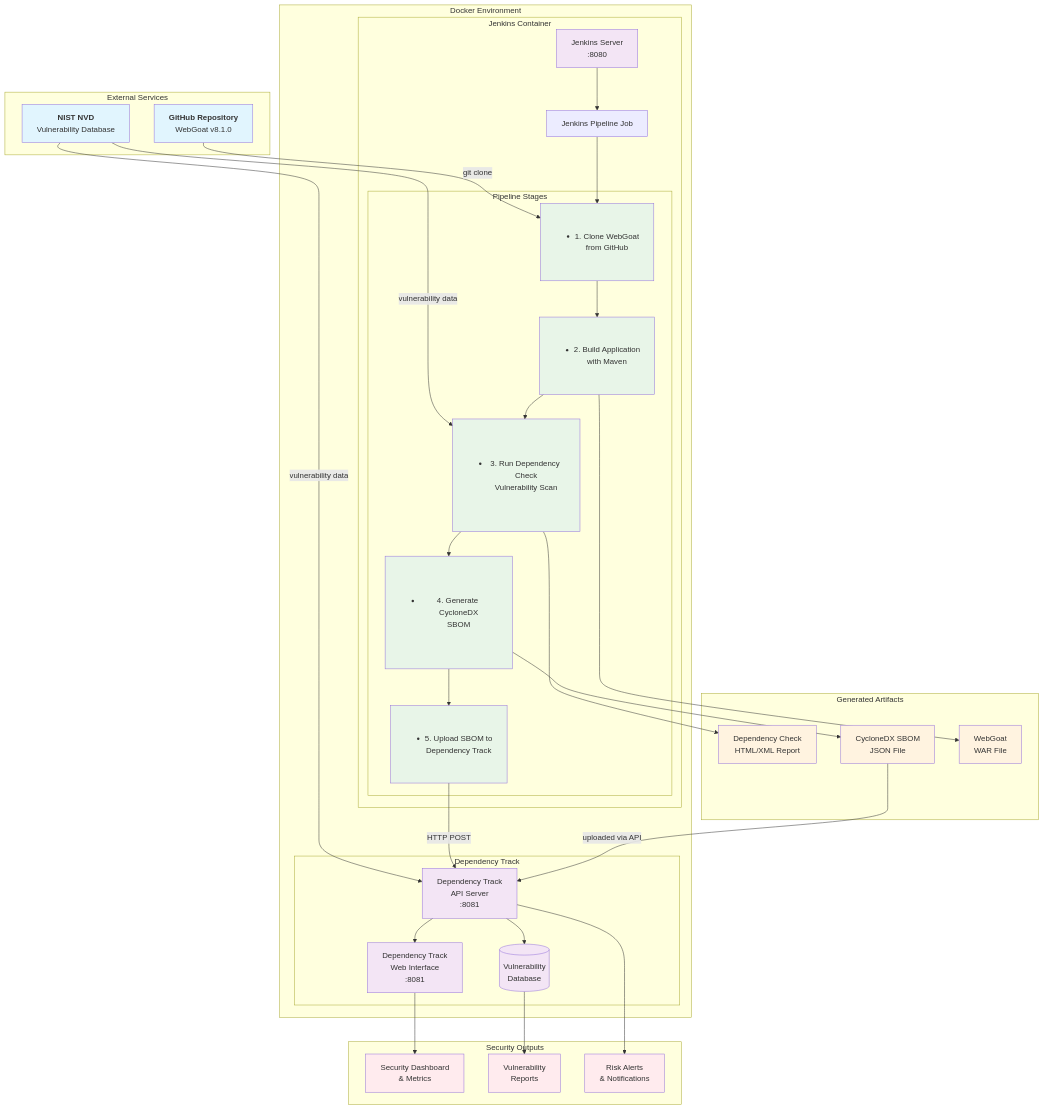
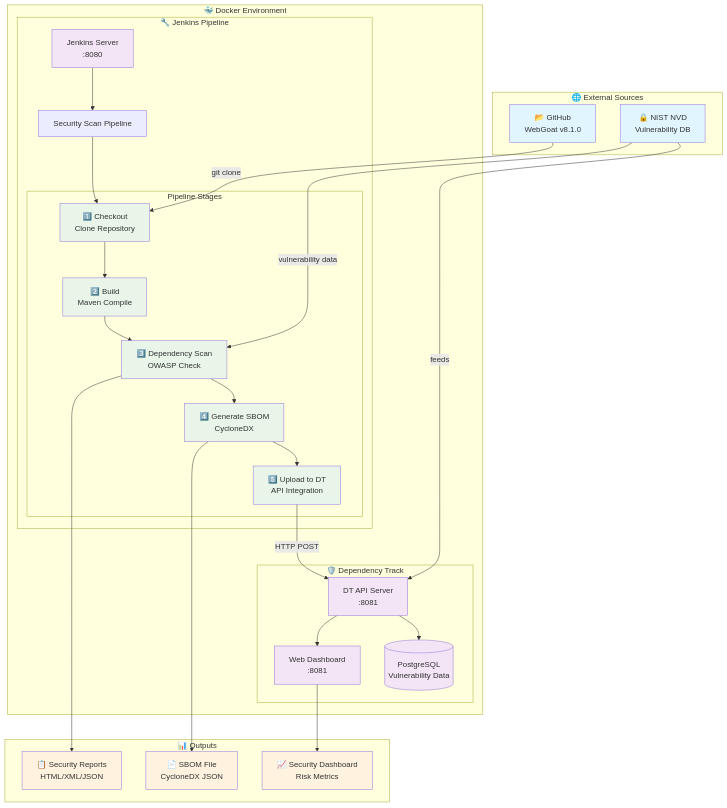
The diagram in README.md (JMAR-DNY/mend_security_demo), drawn with Mermaid before and after one commit. The commit also changed other lines of this file and 5 other files, not shown here.

````diff
--- a/README.md
+++ b/README.md
@@ -38,92 +64,61 @@
 ```mermaid
 %%{init: { "flowchart": { "htmlLabels": true } }}%%
 flowchart TB
-  subgraph "External Services"
-    GH[<b>GitHub Repository</b><br/>WebGoat v8.1.0]
-    NVD[<b>NIST NVD</b><br/>Vulnerability Database]
-  end
-
-  subgraph "Docker Environment"
-    subgraph "Jenkins Container"
-      J[Jenkins Server<br/>:8080]
-      JP[Jenkins Pipeline Job]
-      subgraph "Pipeline Stages"
-        S1[<ul>
-             <li>1. Clone WebGoat<br/>from GitHub</li>
-           </ul>]
-        S2[<ul>
-             <li>2. Build Application<br/>with Maven</li>
-           </ul>]
-        S3[<ul>
-             <li>3. Run Dependency Check<br/>Vulnerability Scan</li>
-           </ul>]
-        S4[<ul>
-             <li>4. Generate CycloneDX<br/>SBOM</li>
-           </ul>]
-        S5[<ul>
-             <li>5. Upload SBOM to<br/>Dependency Track</li>
-           </ul>]
-      end
+    subgraph "🌐 External Sources"
+        GH[📂 GitHub<br/>WebGoat v8.1.0]
+        NVD[🔒 NIST NVD<br/>Vulnerability DB]
     end
 
-    subgraph "Dependency Track"
-      DT_API[Dependency Track<br/>API Server<br/>:8081]
-      DT_UI[Dependency Track<br/>Web Interface<br/>:8081]
-      DT_DB[(Vulnerability<br/>Database)]
+    subgraph "🐳 Docker Environment"
+        subgraph "🔧 Jenkins Pipeline"
+            J[Jenkins Server<br/>:8080]
+            JP[Security Scan Pipeline]
+            subgraph "Pipeline Stages"
+                S1[1️⃣ Checkout<br/>Clone Repository]
+                S2[2️⃣ Build<br/>Maven Compile]
+                S3[3️⃣ Dependency Scan<br/>OWASP Check]
+                S4[4️⃣ Generate SBOM<br/>CycloneDX]
+                S5[5️⃣ Upload to DT<br/>API Integration]
+            end
+        end
+
+        subgraph "🛡️ Dependency Track"
+            DT_API[DT API Server<br/>:8081]
+            DT_UI[Web Dashboard<br/>:8081]
+            DT_DB[(PostgreSQL<br/>Vulnerability Data)]
+        end
     end
-  end
 
-  subgraph "Generated Artifacts"
-    DC_REPORT[Dependency Check<br/>HTML/XML Report]
-    SBOM[CycloneDX SBOM<br/>JSON File]
-    BUILD[WebGoat<br/>WAR File]
-  end
+    subgraph "📊 Outputs"
+        REPORTS[📋 Security Reports<br/>HTML/XML/JSON]
+        SBOM[📄 SBOM File<br/>CycloneDX JSON]
+        DASH[📈 Security Dashboard<br/>Risk Metrics]
+    end
 
-  subgraph "Security Outputs"
-    DASH[Security Dashboard<br/>&amp; Metrics]
-    VULNS[Vulnerability<br/>Reports]
-    ALERTS[Risk Alerts<br/>&amp; Notifications]
-  end
+    %% Flow connections
+    GH -->|git clone| S1
+    NVD -->|vulnerability data| S3
+    NVD -->|feeds| DT_API
+    
+    J --> JP
+    JP --> S1 --> S2 --> S3 --> S4 --> S5
+    
+    S3 --> REPORTS
+    S4 --> SBOM
+    S5 -->|HTTP POST| DT_API
+    
+    DT_API --> DT_DB
+    DT_API --> DT_UI
+    DT_UI --> DASH
 
-  %% External connections
-  GH -->|git clone| S1
-  NVD -->|vulnerability data| S3
-  NVD -->|vulnerability data| DT_API
+    %% Styling
+    classDef external fill:#e1f5fe
+    classDef container fill:#f3e5f5
+    classDef stage fill:#e8f5e8
+    classDef output fill:#fff3e0
 
-  %% Jenkins pipeline flow
-  J --> JP
-  JP --> S1
-  S1 --> S2
-  S2 --> S3
-  S3 --> S4
-  S4 --> S5
-
-  %% Artifact generation
-  S2 --> BUILD
-  S3 --> DC_REPORT
-  S4 --> SBOM
-
-  %% Dependency Track integration
-  S5 -->|HTTP POST| DT_API
-  SBOM -->|uploaded via API| DT_API
-  DT_API --> DT_DB
-  DT_API --> DT_UI
-
-  %% Security outputs
-  DT_UI --> DASH
-  DT_DB --> VULNS
-  DT_API --> ALERTS
-
-  %% Styling
-  classDef external fill:#e1f5fe
-  classDef container fill:#f3e5f5
-  classDef stage fill:#e8f5e8
-  classDef artifact fill:#fff3e0
-  classDef output fill:#ffebee
-
-  class GH,NVD external
-  class J,DT_API,DT_UI,DT_DB container
-  class S1,S2,S3,S4,S5 stage
-  class DC_REPORT,SBOM,BUILD artifact
-  class DASH,VULNS,ALERTS output
+    class GH,NVD external
+    class J,DT_API,DT_UI,DT_DB container
+    class S1,S2,S3,S4,S5 stage
+    class REPORTS,SBOM,DASH output
 ```
````
